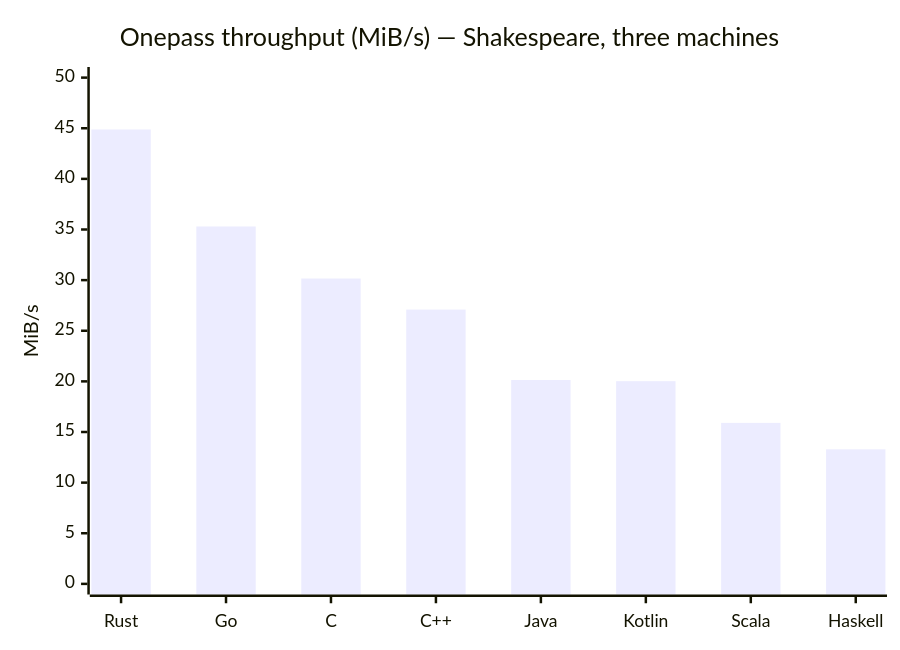
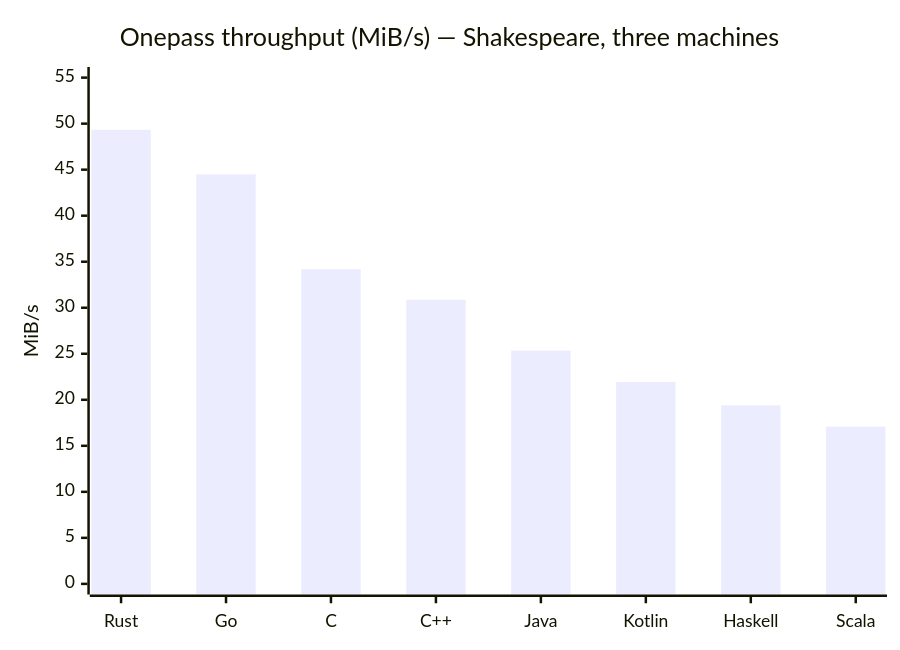
The fifth of 12 diagrams in ANALYSIS.md (darrelllong/Delta-Compression), drawn with Mermaid before and after one commit. The commit also changed other lines of this file, not shown here.

Commit message:
analysis: refresh benchmark tables and charts

````diff
--- a/ANALYSIS.md
+++ b/ANALYSIS.md
@@ -491,7 +484,7 @@
 ```mermaid
 xychart-beta
     title "Onepass throughput (MiB/s) — Shakespeare, three machines"
-    x-axis ["Rust", "Go", "C", "C++", "Java", "Kotlin", "Scala", "Haskell"]
-    y-axis "MiB/s" 0 --> 50
-    bar [44.88, 35.30, 30.16, 27.09, 20.14, 20.02, 15.90, 13.29]
+    x-axis ["Rust", "Go", "C", "C++", "Java", "Kotlin", "Haskell", "Scala"]
+    y-axis "MiB/s" 0 --> 55
+    bar [49.33, 44.49, 34.19, 30.87, 25.35, 21.93, 19.40, 17.09]
 ```
````
